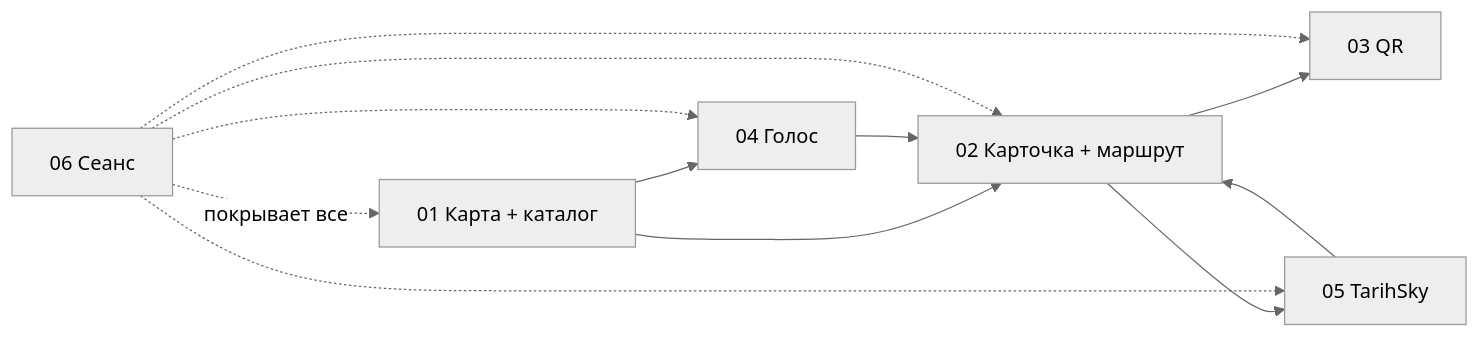
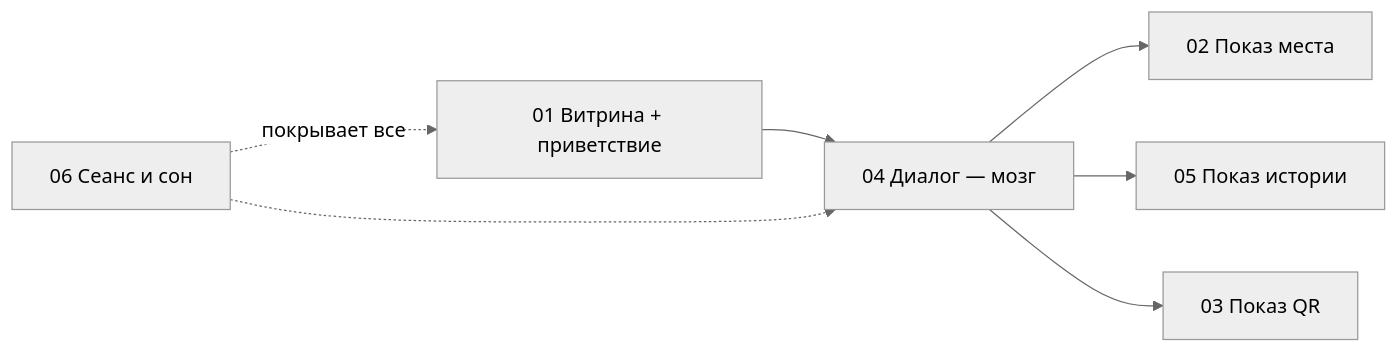
Before and after one commit to Dyman17/Arch: the diagram in docs/flows/README.md, drawn with Mermaid (neutral theme). The commit also changed other lines of this file and 10 other files, not shown here.

Commit message:
docs: voice-only concept, main flow with steps thresholds, precise backend contract

````diff
--- a/docs/flows/README.md
+++ b/docs/flows/README.md
@@ -9,14 +9,9 @@
 ```mermaid
 flowchart LR
-    F1[01 Карта + каталог] --> F2[02 Карточка + маршрут]
-    F2 --> F3[03 QR]
-    F1 --> F4[04 Голос]
-    F4 --> F2
-    F2 --> F5[05 TarihSky]
-    F5 --> F2
-    F6[06 Сеанс] -. покрывает все .-> F1
-    F6 -.-> F2
-    F6 -.-> F3
+    F1[01 Витрина + приветствие] --> F4[04 Диалог — мозг]
+    F4 --> F2[02 Показ места]
+    F4 --> F5[05 Показ истории]
+    F4 --> F3[03 Показ QR]
+    F6[06 Сеанс и сон] -. покрывает все .-> F1
     F6 -.-> F4
-    F6 -.-> F5
 ```
````
